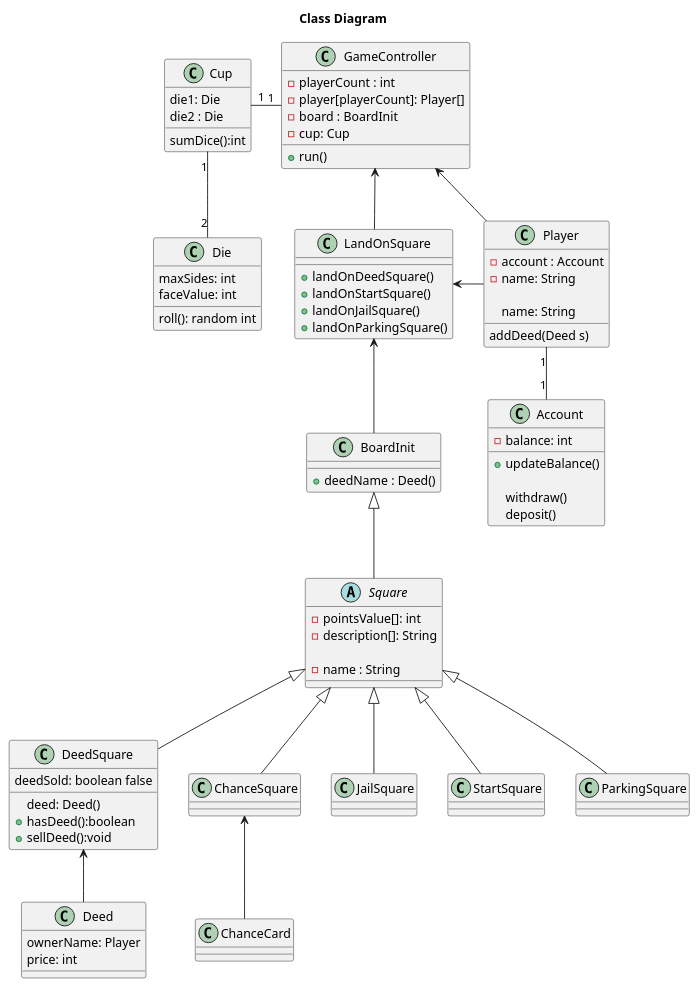
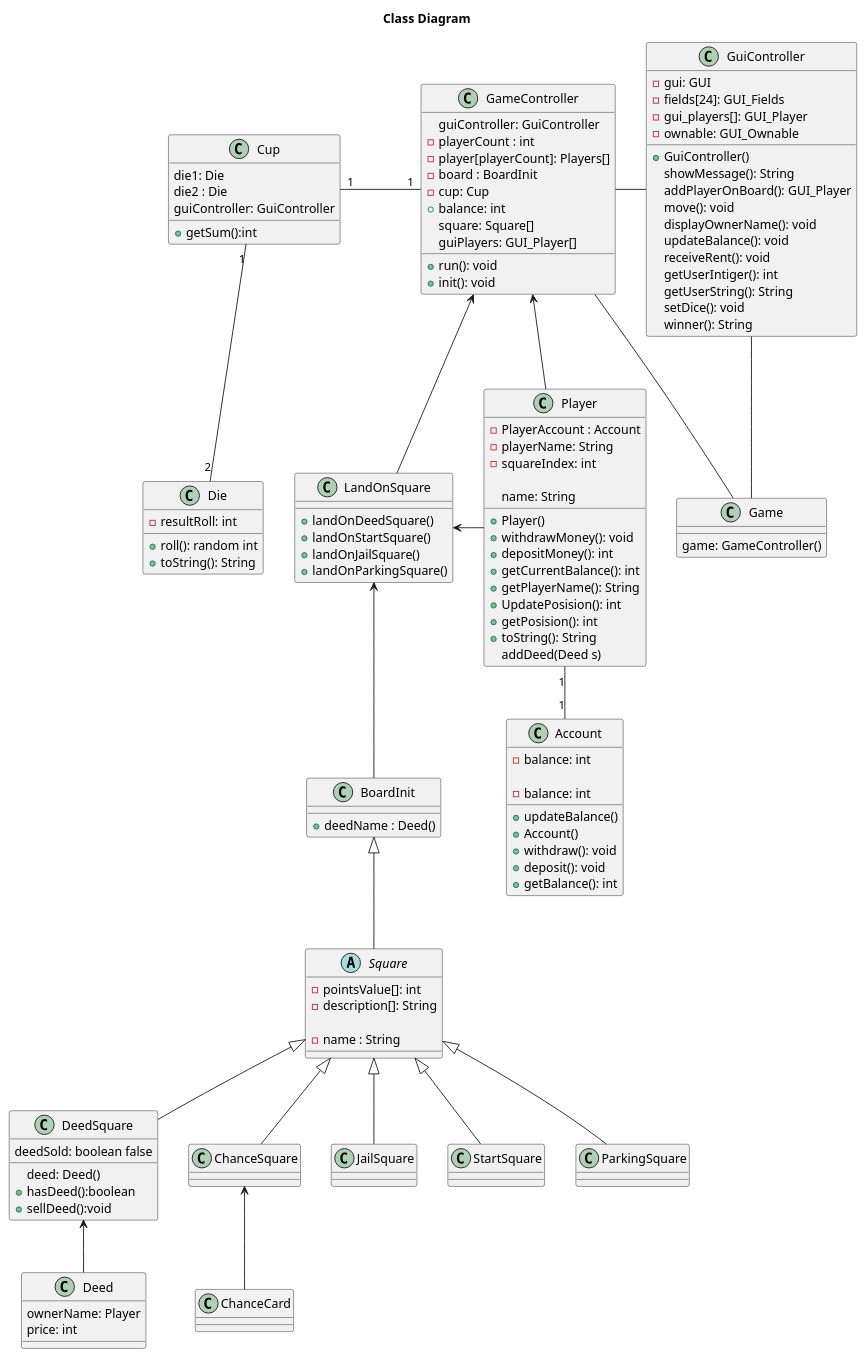
Before and after one commit to hellomelissaw/Matador: the diagram in Diagrams/ClassDiagram.puml, drawn with PlantUML.

Commit message:
Update class diagram

```diff
--- a/Diagrams/ClassDiagram.puml
+++ b/Diagrams/ClassDiagram.puml
@@ -1,135 +1,179 @@
 @startuml
 
 title Class Diagram
 
+class Game{
+game: GameController()
+}
 
 
 class Cup{
 die1: Die
 die2 : Die
-sumDice():int
+guiController: GuiController
++getSum():int
 }
 
 class Die {
-maxSides: int
-faceValue: int
+-resultRoll: int
 
-roll(): random int
-
++roll(): random int
++toString(): String
 }
 
 class GameController {
+guiController: GuiController
 -playerCount : int
--player[playerCount]: Player[]
+-player[playerCount]: Players[]
 -board : BoardInit
 -cup: Cup
-+run()
++balance: int
+square: Square[]
+guiPlayers: GUI_Player[]
+
++run(): void
++init(): void
 
 }
 
 class LandOnSquare {
 +landOnDeedSquare()
 +landOnStartSquare()
 +landOnJailSquare()
 +landOnParkingSquare()
 }
 
 class Player{
--account : Account
--name: String
+-PlayerAccount : Account
+-playerName: String
+-squareIndex: int
++Player()
++withdrawMoney(): void
++depositMoney(): int
++getCurrentBalance(): int
++getPlayerName(): String
++UpdatePosision(): int
++getPosision(): int
++toString(): String
 
 }
 
 class Account{
 -balance: int
 +updateBalance()
 
 }
 
 class Square {
 -pointsValue[]: int
 -description[]: String
 
 }
 
 class BoardInit {
 +deedName : Deed()
 
 }
 
 abstract class Square {
 - name : String
 }
 
 class DeedSquare {
 deed: Deed()
 deedSold: boolean false
 +hasDeed():boolean
 +sellDeed():void
 
 }
 
 class Deed {
 ownerName: Player
 price: int
 
 }
 
 class Player {
 name: String
 addDeed(Deed s)
 
 }
 
 class Account {
-withdraw()
-deposit()
+-balance: int
++Account()
++withdraw(): void
++deposit(): void
++getBalance(): int
 
 }
 
 class ChanceSquare {}
 
 class ChanceCard {}
 
 class JailSquare {}
 
 class StartSquare {}
 
 class ParkingSquare {}
 
+class GuiController{
+-gui: GUI
+-fields[24]: GUI_Fields
+-gui_players[]: GUI_Player
+-ownable: GUI_Ownable
++GuiController()
+showMessage(): String
+addPlayerOnBoard(): GUI_Player
+move(): void
+displayOwnerName(): void
+updateBalance(): void
+receiveRent(): void
+getUserIntiger(): int
+getUserString(): String
+setDice(): void
+winner(): String
+}
+
+GameController -up- Game
+
+GuiController -right Game
 
 GameController <-down- LandOnSquare
+
+GuiController -left GameController
 
 LandOnSquare <-down- BoardInit
 
 LandOnSquare <-right- Player
 
 BoardInit <|-down- Square
 
 Square <|-down- DeedSquare
 
 DeedSquare <-down- Deed
 
 Square  <|-down- ChanceSquare
 
 ChanceSquare <-down- ChanceCard
 
 Square  <|-down- JailSquare
 
 Square  <|-down- StartSquare
 
 Square  <|-down- ParkingSquare
 
 
 GameController <-right- Player
 
 GameController "1" -left- "1" Cup
 
 
 
 
 Cup "1" -down- "2" Die
 
 Player "1" -down- "1" Account
 
 @enduml
```
